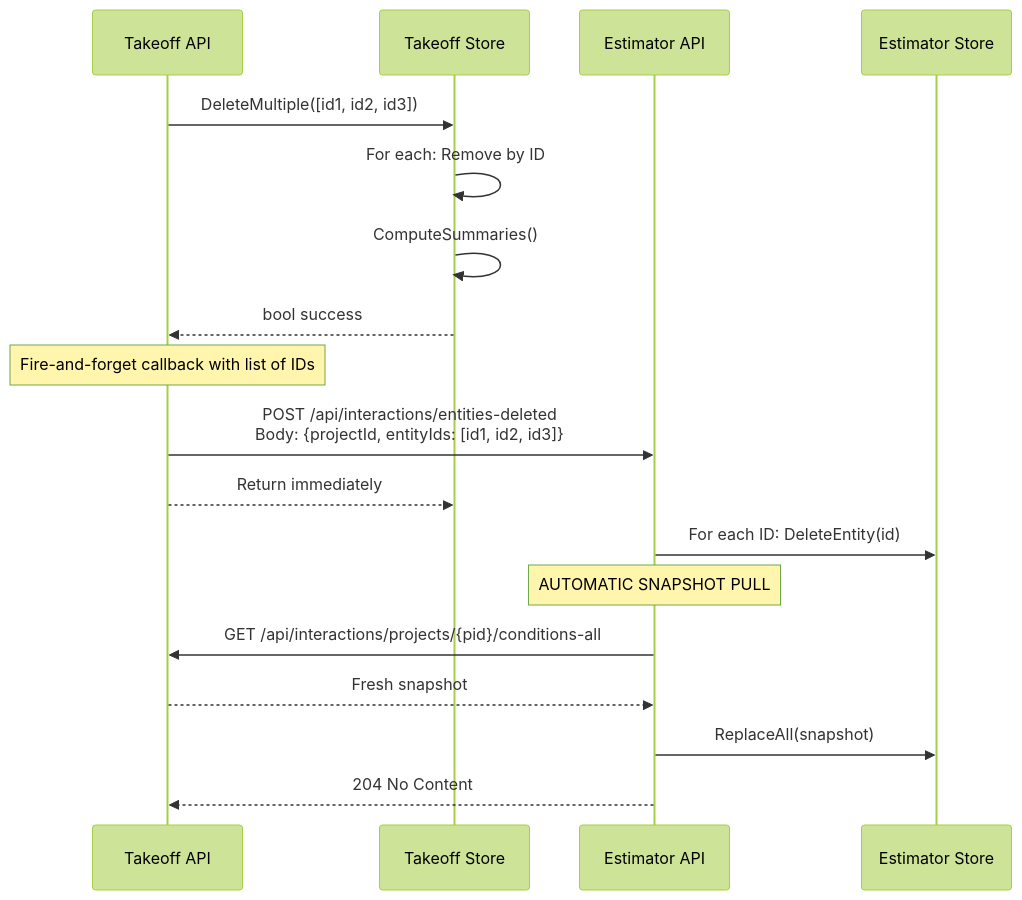
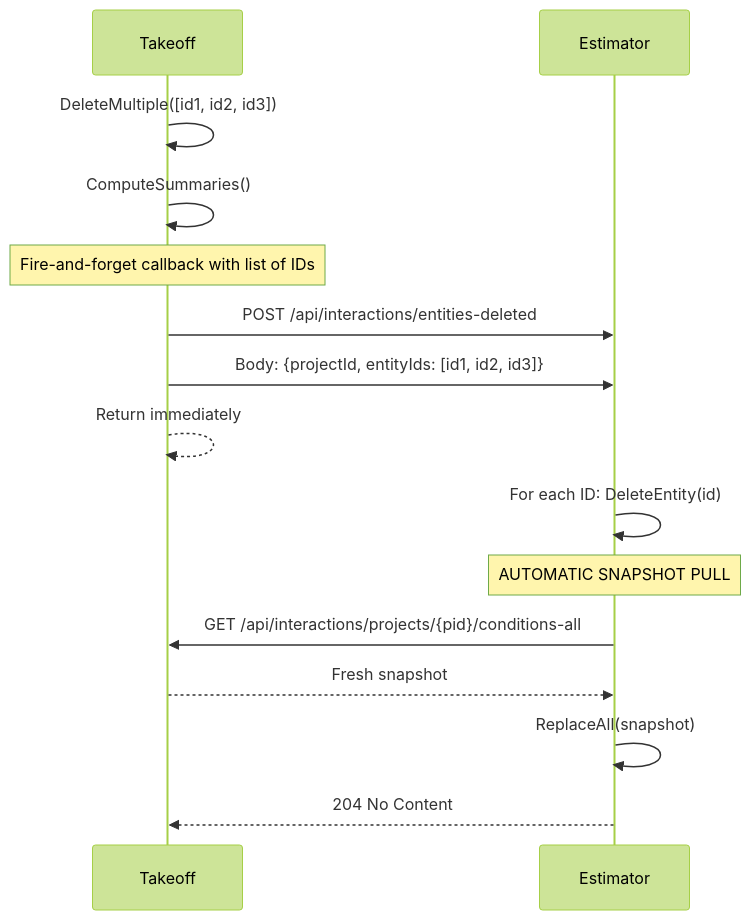
The fifth of 7 diagrams in docs/contract-diagrams.md (pkarabut-bw/embedded-integration), drawn with Mermaid (forest theme) before and after one commit. The commit also changed other lines of this file, not shown here.

Commit message:
updated diagrams

````diff
--- a/docs/contract-diagrams.md
+++ b/docs/contract-diagrams.md
@@ -124,24 +115,21 @@
 ```mermaid
 sequenceDiagram
-    participant TakeoffAPI as Takeoff API
-    participant TakeoffStore as Takeoff Store
-    participant EstimatorAPI as Estimator API
-    participant EstimatorStore as Estimator Store
+    participant Takeoff
+    participant Estimator
     
-    TakeoffAPI->>TakeoffStore: DeleteMultiple([id1, id2, id3])
-    TakeoffStore->>TakeoffStore: For each: Remove by ID
-    TakeoffStore->>TakeoffStore: ComputeSummaries()
-    TakeoffStore-->>TakeoffAPI: bool success
+    Takeoff->>Takeoff: DeleteMultiple([id1, id2, id3])
+    Takeoff->>Takeoff: ComputeSummaries()
     
-    Note over TakeoffAPI: Fire-and-forget callback with list of IDs
-    TakeoffAPI->>EstimatorAPI: POST /api/interactions/entities-deleted<br/>Body: {projectId, entityIds: [id1, id2, id3]}
-    TakeoffAPI-->>TakeoffStore: Return immediately
+    Note over Takeoff: Fire-and-forget callback with list of IDs
+    Takeoff->>Estimator: POST /api/interactions/entities-deleted
+    Takeoff->>Estimator: Body: {projectId, entityIds: [id1, id2, id3]}
+    Takeoff-->>Takeoff: Return immediately
     
-    EstimatorAPI->>EstimatorStore: For each ID: DeleteEntity(id)
+    Estimator->>Estimator: For each ID: DeleteEntity(id)
     
-    Note over EstimatorAPI: AUTOMATIC SNAPSHOT PULL
-    EstimatorAPI->>TakeoffAPI: GET /api/interactions/projects/{pid}/conditions-all
-    TakeoffAPI-->>EstimatorAPI: Fresh snapshot
-    EstimatorAPI->>EstimatorStore: ReplaceAll(snapshot)
-    EstimatorAPI-->>TakeoffAPI: 204 No Content
+    Note over Estimator: AUTOMATIC SNAPSHOT PULL
+    Estimator->>Takeoff: GET /api/interactions/projects/{pid}/conditions-all
+    Takeoff-->>Estimator: Fresh snapshot
+    Estimator->>Estimator: ReplaceAll(snapshot)
+    Estimator-->>Takeoff: 204 No Content
 ```
````
